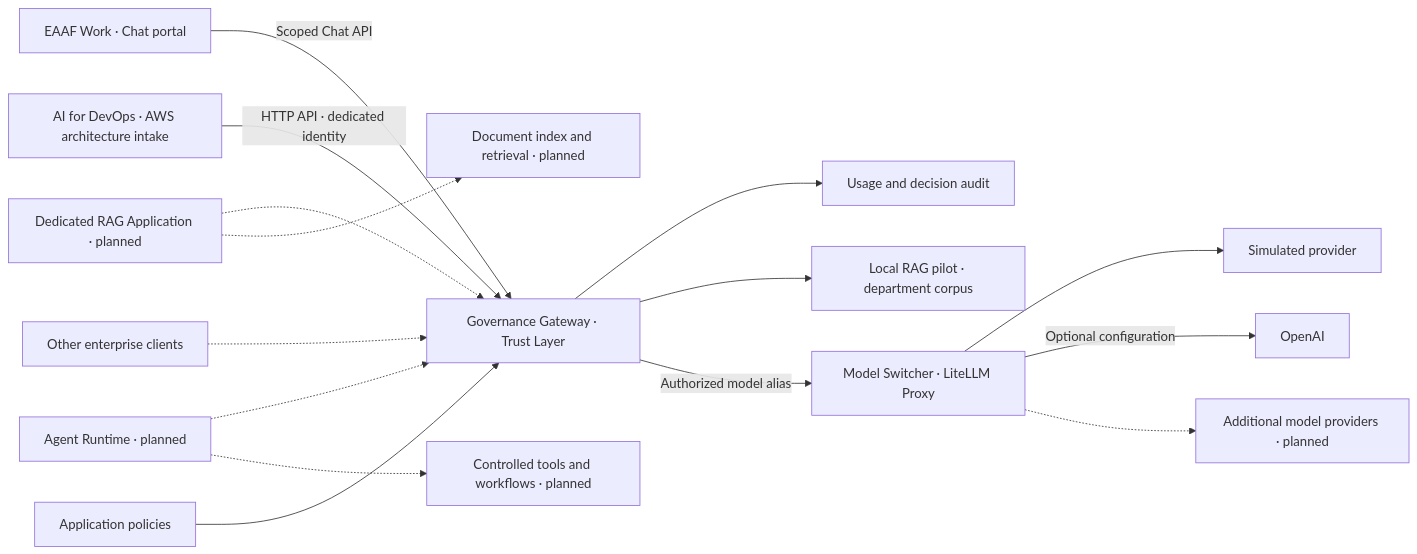
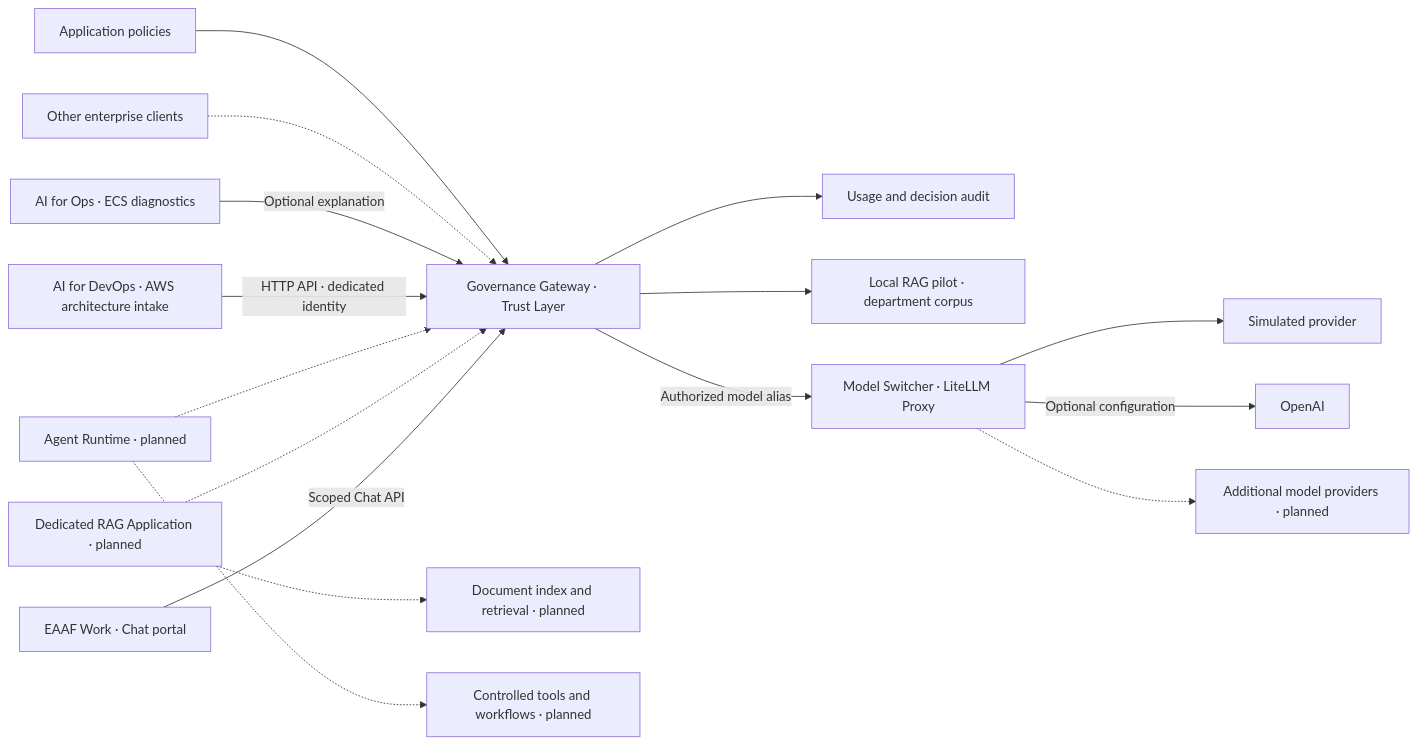
One commit to tandrian06/eaaf changed the diagram in README.md. Above: the diagram before and after it, drawn with Mermaid. The commit also changed other lines of this file and 1 other file, not shown here.

Commit message:
Document AI for Ops integration with Core

````diff
--- a/README.md
+++ b/README.md
@@ -18,19 +19,20 @@
 ```mermaid
 flowchart LR
     Chat["EAAF Work · Chat portal"] -->|"Scoped Chat API"| Gateway["Governance Gateway · Trust Layer"]
     RAG["Dedicated RAG Application · planned"] -.-> Gateway
     Agents["Agent Runtime · planned"] -.-> Gateway
     DevOps["AI for DevOps · AWS architecture intake"] -->|HTTP API · dedicated identity| Gateway
+    Ops["AI for Ops · ECS diagnostics"] -->|"Optional explanation"| Gateway
     Apps["Other enterprise clients"] -.-> Gateway
 
     Policies["Application policies"] --> Gateway
     Gateway --> Audit["Usage and decision audit"]
     Gateway --> LocalKnowledge["Local RAG pilot · department corpus"]
     Gateway -->|Authorized model alias| Switcher["Model Switcher · LiteLLM Proxy"]
     Switcher --> Mock["Simulated provider"]
     Switcher -->|Optional configuration| OpenAI["OpenAI"]
     Switcher -.-> Providers["Additional model providers · planned"]
 
     RAG -.-> Knowledge["Document index and retrieval · planned"]
     Agents -.-> Tools["Controlled tools and workflows · planned"]
 ```
````
